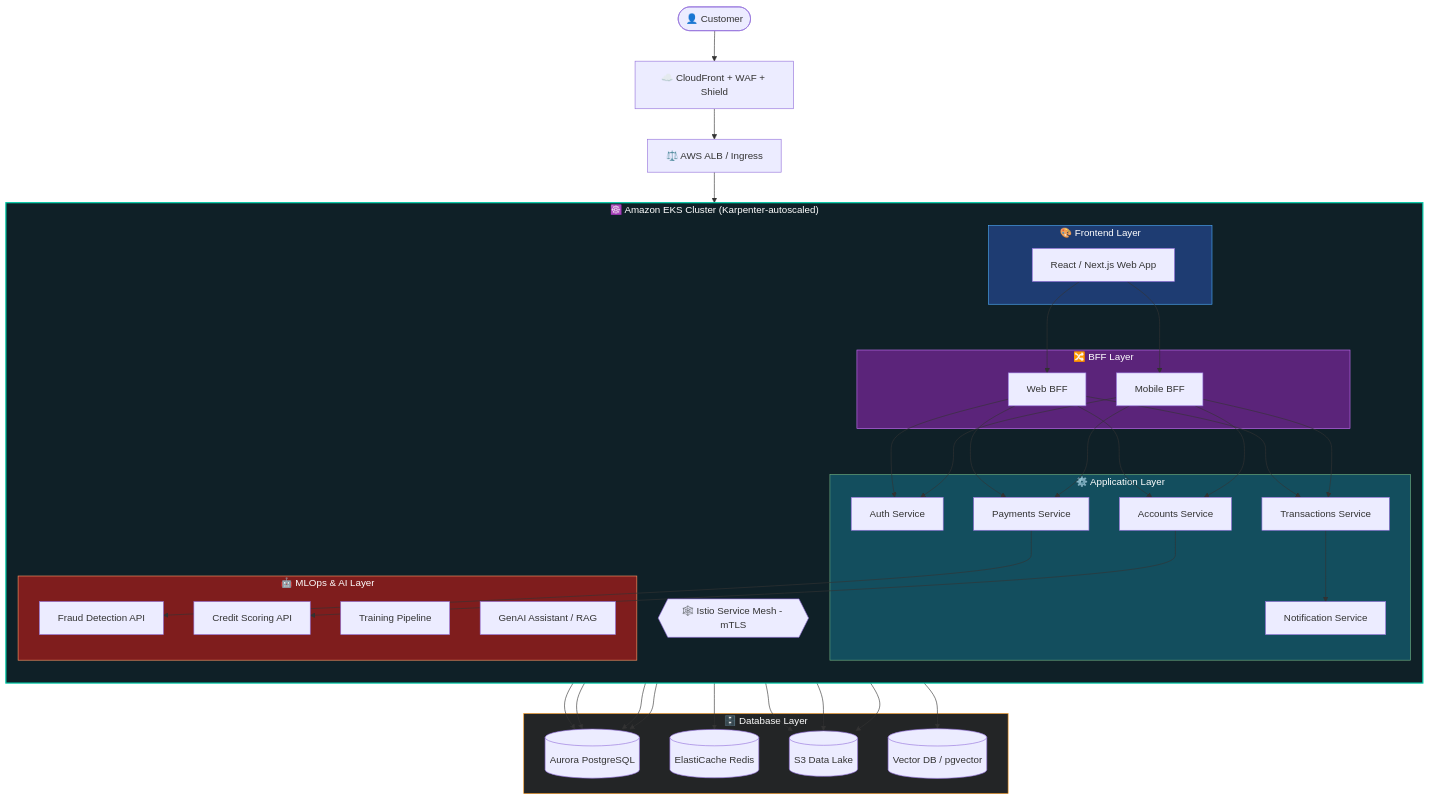
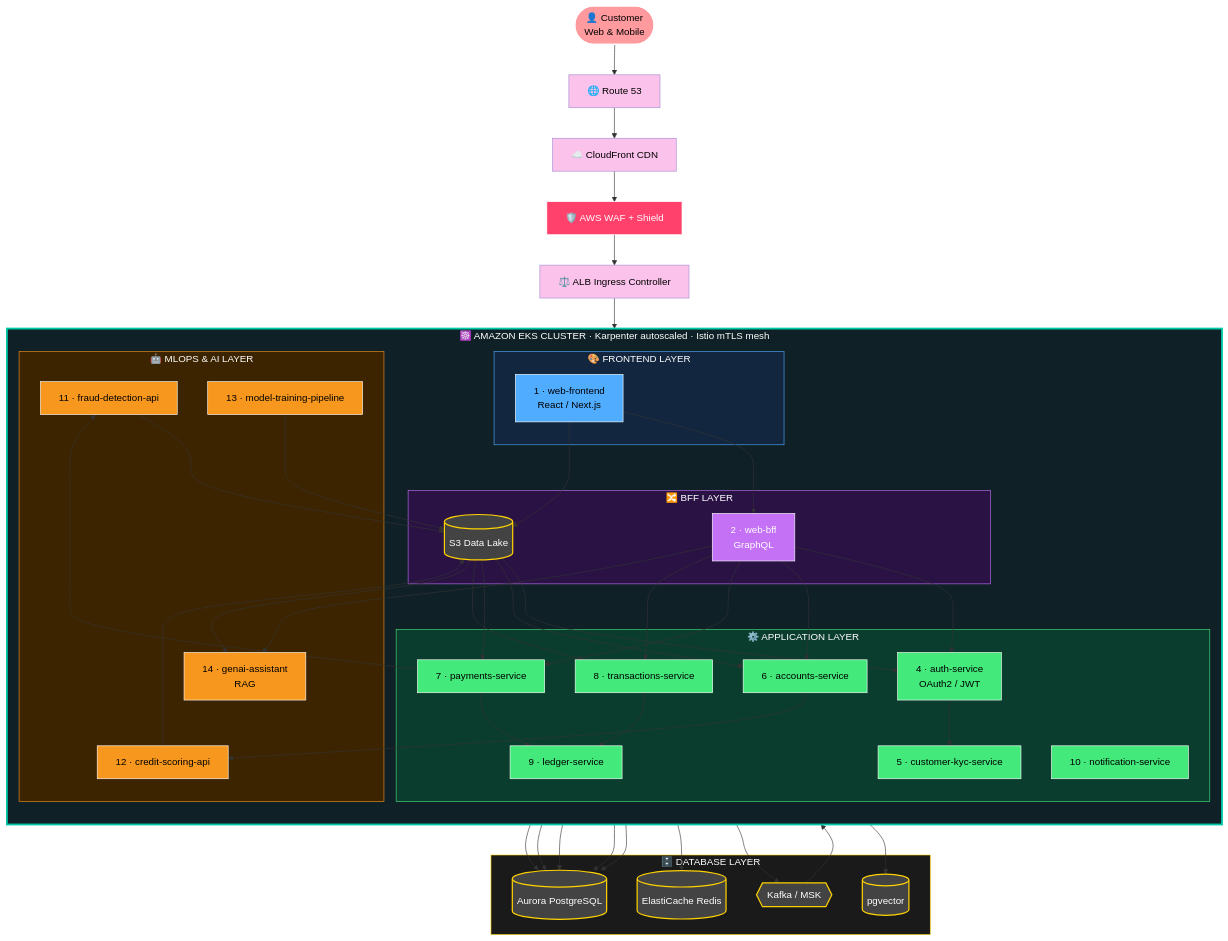
The first of 17 diagrams in README.md (muntaha747/FinTech-Enterprise-Project), drawn with Mermaid before and after one commit. The commit also changed other lines of this file, not shown here.

Commit message:
Remove Terraform/Karpenter files; expand README with 14 microservices and richer diagrams

````diff
--- a/README.md
+++ b/README.md
@@ -36,55 +74,76 @@
 ```mermaid
 flowchart TB
-    User([👤 Customer]) --> CF[☁️ CloudFront + WAF + Shield]
-    CF --> ALB[⚖️ AWS ALB / Ingress]
+    User([👤 Customer<br/>Web & Mobile]):::user --> R53[🌐 Route 53]:::edge
+    R53 --> CF[☁️ CloudFront CDN]:::edge
+    CF --> WAF[🛡️ AWS WAF + Shield]:::sec
+    WAF --> ALB[⚖️ ALB Ingress Controller]:::edge
 
-    subgraph EKS["☸️ Amazon EKS Cluster (Karpenter-autoscaled)"]
+    subgraph EKS["☸️ AMAZON EKS CLUSTER · Karpenter autoscaled · Istio mTLS mesh"]
         direction TB
-        subgraph FE["🎨 Frontend Layer"]
-            WEB[React / Next.js Web App]
+
+        subgraph FE["🎨 FRONTEND LAYER"]
+            S1[1 · web-frontend<br/>React / Next.js]:::fe
         end
-        subgraph BFF["🔀 BFF Layer"]
-            BFFWEB[Web BFF]
-            BFFMOB[Mobile BFF]
+
+        subgraph BFFL["🔀 BFF LAYER"]
+            S2[2 · web-bff<br/>GraphQL]:::bff
+            S3[3 · mobile-bff<br/>REST]:::bff
         end
-        subgraph APP["⚙️ Application Layer"]
-            AUTH[Auth Service]
-            ACC[Accounts Service]
-            PAY[Payments Service]
-            TXN[Transactions Service]
-            NOTIF[Notification Service]
+
+        subgraph APPL["⚙️ APPLICATION LAYER"]
+            S4[4 · auth-service<br/>OAuth2 / JWT]:::app
+            S5[5 · customer-kyc-service]:::app
+            S6[6 · accounts-service]:::app
+            S7[7 · payments-service]:::app
+            S8[8 · transactions-service]:::app
+            S9[9 · ledger-service]:::app
+            S10[10 · notification-service]:::app
         end
-        subgraph ML["🤖 MLOps & AI Layer"]
-            FRAUD[Fraud Detection API]
-            CREDIT[Credit Scoring API]
-            TRAIN[Training Pipeline]
-            GENAI[GenAI Assistant / RAG]
+
+        subgraph MLL["🤖 MLOPS & AI LAYER"]
+            S11[11 · fraud-detection-api]:::ml
+            S12[12 · credit-scoring-api]:::ml
+            S13[13 · model-training-pipeline]:::ml
+            S14[14 · genai-assistant<br/>RAG]:::ml
         end
-        MESH{{🕸️ Istio Service Mesh - mTLS}}
     end
 
-    subgraph DB["🗄️ Database Layer"]
-        RDS[(Aurora PostgreSQL)]
-        REDIS[(ElastiCache Redis)]
-        S3[(S3 Data Lake)]
-        VEC[(Vector DB / pgvector)]
+    subgraph DBL["🗄️ DATABASE LAYER"]
+        PG[(Aurora PostgreSQL)]:::db
+        RD[(ElastiCache Redis)]:::db
+        KF{{Kafka / MSK}}:::db
+        S3[(S3 Data Lake)]:::db
+        VEC[(pgvector)]:::db
     end
 
-    ALB --> WEB --> BFFWEB & BFFMOB
-    BFFWEB & BFFMOB --> AUTH & ACC & PAY & TXN
-    PAY --> FRAUD
-    ACC --> CREDIT
-    TXN --> NOTIF
-    AUTH & ACC & PAY & TXN --> RDS
-    AUTH --> REDIS
-    TRAIN --> S3
-    GENAI --> VEC
-    FRAUD & CREDIT --> S3
+    ALB --> S1
+    S1 --> S2 & S3
+    S2 & S3 --> S4 & S6 & S7 & S8 & S14
+    S4 --> S5
+    S7 --> S11
+    S6 --> S12
+    S7 --> S9
+    S8 --> S9
+    S8 --> KF --> S10
+    S4 --> RD
+    S5 & S6 & S7 & S8 & S9 --> PG
+    S13 --> S3
+    S11 & S12 --> S3
+    S14 --> VEC
 
-    style EKS fill:#0f2027,stroke:#00c9a7,color:#fff,stroke-width:2px
-    style FE fill:#1e3c72,stroke:#4facfe,color:#fff
-    style BFF fill:#5b247a,stroke:#c471f5,color:#fff
-    style APP fill:#134e5e,stroke:#71b280,color:#fff
-    style ML fill:#7f1d1d,stroke:#ff9966,color:#fff
-    style DB fill:#232526,stroke:#f7971e,color:#fff
+    classDef user fill:#ff9a9e,stroke:#fff,color:#000,stroke-width:2px
+    classDef edge fill:#fbc2eb,stroke:#a18cd1,color:#000
+    classDef sec fill:#ff416c,stroke:#fff,color:#fff
+    classDef fe fill:#4facfe,stroke:#fff,color:#000
+    classDef bff fill:#c471f5,stroke:#fff,color:#fff
+    classDef app fill:#43e97b,stroke:#fff,color:#000
+    classDef ml fill:#f7971e,stroke:#fff,color:#000
+    classDef db fill:#434343,stroke:#ffd200,color:#fff,stroke-width:2px
+
+    style EKS fill:#0f2027,stroke:#00c9a7,color:#fff,stroke-width:3px
+    style FE fill:#12263f,stroke:#4facfe,color:#fff
+    style BFFL fill:#2a1245,stroke:#c471f5,color:#fff
+    style APPL fill:#0b3d2e,stroke:#43e97b,color:#fff
+    style MLL fill:#3d2400,stroke:#f7971e,color:#fff
+    style DBL fill:#1a1a1a,stroke:#ffd200,color:#fff
 ```
````
